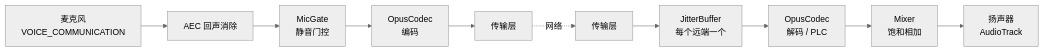
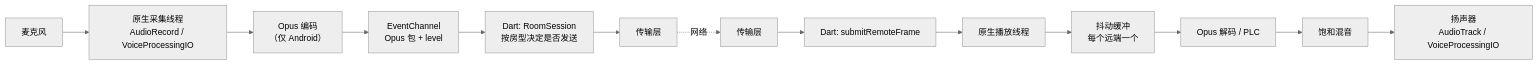
One commit to Starlordzz/sunsetripple changed the diagram in docs/wiki/音频管线.md. Above: the diagram before and after it, drawn with Mermaid (neutral theme). The commit also changed other lines of this file and 36 other files, not shown here.

````diff
--- a/docs/wiki/音频管线.md
+++ b/docs/wiki/音频管线.md
@@ -34,12 +28,15 @@
 ```mermaid
 flowchart LR
-    MIC["麦克风<br/>VOICE_COMMUNICATION"] --> AEC["AEC 回声消除"]
-    AEC --> GATE["MicGate<br/>静音门控"]
-    GATE --> ENC["OpusCodec<br/>编码"]
-    ENC --> TX["传输层"]
+    MIC["麦克风"] --> CAP["原生采集线程<br/>AudioRecord / VoiceProcessingIO"]
+    CAP --> ENC["Opus 编码<br/>（仅 Android）"]
+    ENC --> EV["EventChannel<br/>Opus 包 + level"]
+    EV --> DART["Dart: RoomSession<br/>按房型决定是否发送"]
+    DART --> TX["传输层"]
     TX -.->|"网络"| RX["传输层"]
-    RX --> JB["JitterBuffer<br/>每个远端一个"]
-    JB --> DEC["OpusCodec<br/>解码 / PLC"]
-    DEC --> MIX["Mixer<br/>饱和相加"]
-    MIX --> SPK["扬声器<br/>AudioTrack"]
+    RX --> SUB["Dart: submitRemoteFrame"]
+    SUB --> PB["原生播放线程"]
+    PB --> JB["抖动缓冲<br/>每个远端一个"]
+    JB --> DEC["Opus 解码 / PLC"]
+    DEC --> MIX["饱和混音"]
+    MIX --> SPK["扬声器<br/>AudioTrack / VoiceProcessingIO"]
 ```
````
